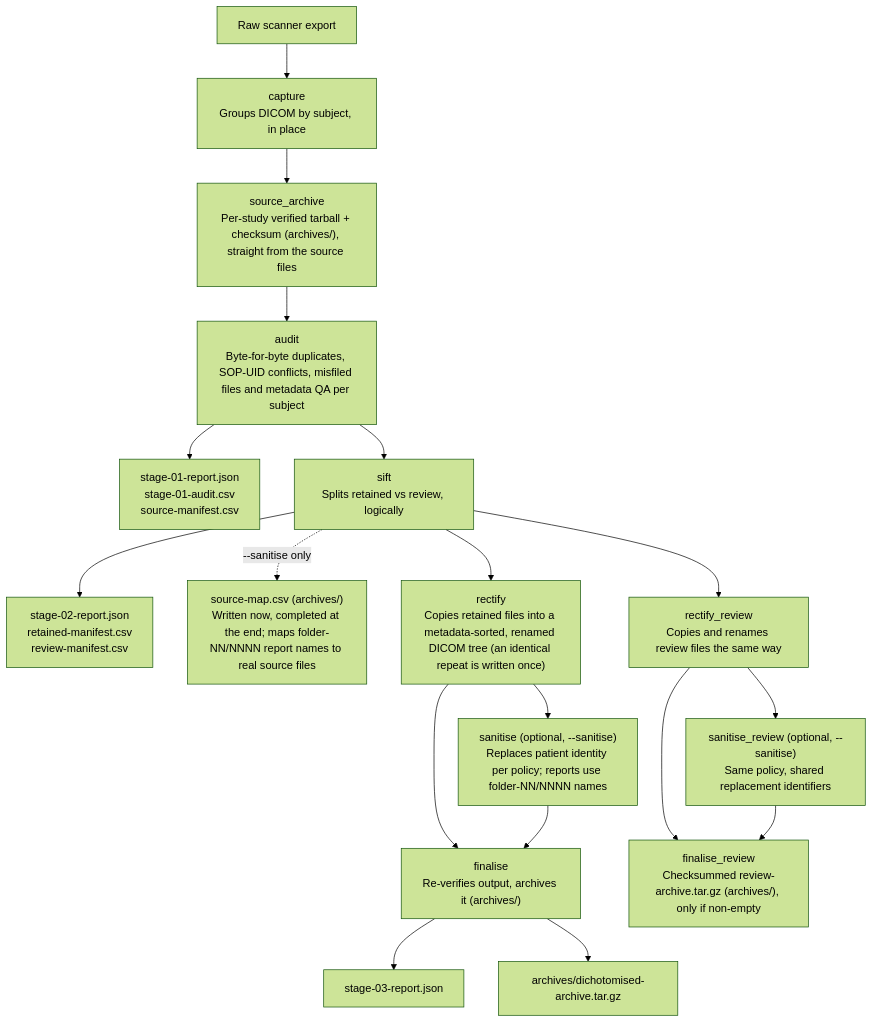
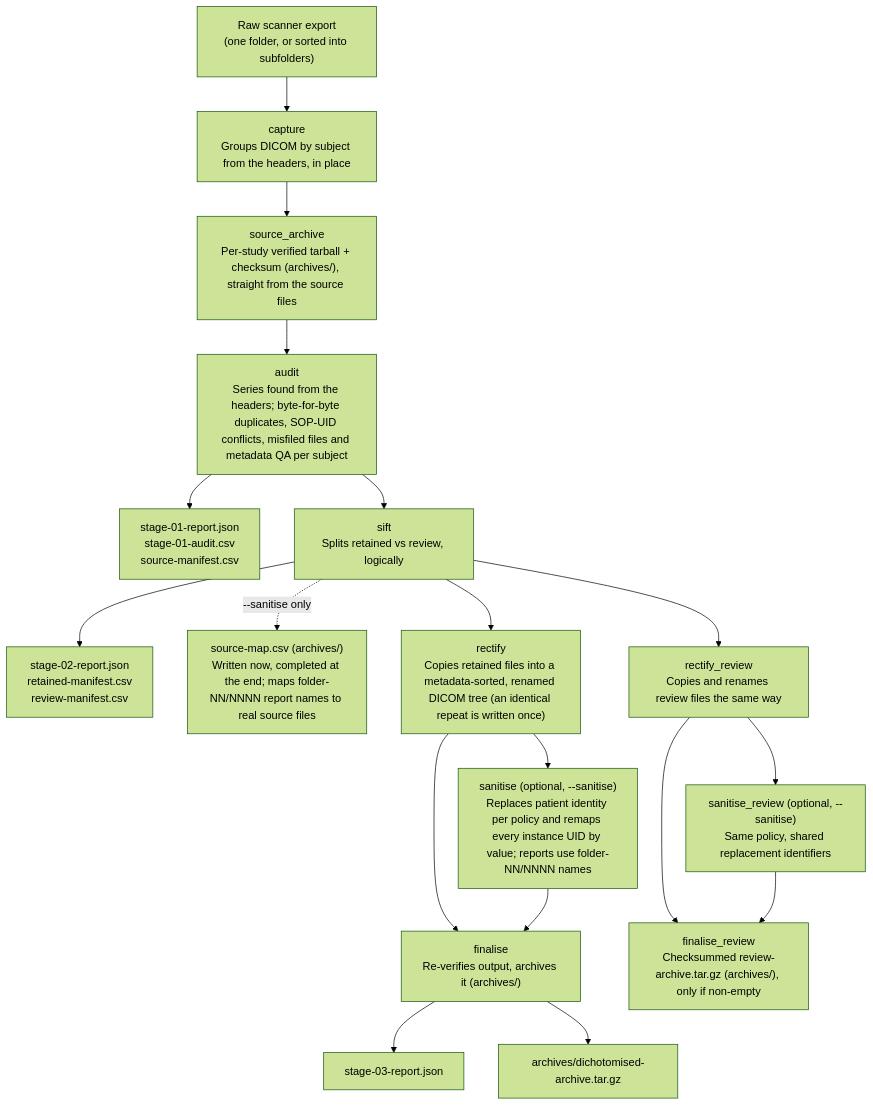
Before and after one commit to srikash/dichotomise: the diagram in README.md, drawn with Mermaid (forest theme). The commit also changed other lines of this file and 26 other files, not shown here.

Commit message:
docs: describe the UID remapping, per-subject QC and single-folder exports; update the diagram

````diff
--- a/README.md
+++ b/README.md
@@ -508,20 +520,20 @@
 ```mermaid
 flowchart TD
-    SOURCE["Raw scanner export"] --> CAPTURE["capture<br/>Groups DICOM by subject, in place"]
+    SOURCE["Raw scanner export<br/>(one folder, or sorted into subfolders)"] --> CAPTURE["capture<br/>Groups DICOM by subject from the headers, in place"]
     CAPTURE --> ARCHIVE["source_archive<br/>Per-study verified tarball + checksum (archives/), straight from the source files"]
-    ARCHIVE --> AUDIT["audit<br/>Byte-for-byte duplicates, SOP-UID conflicts, misfiled files and metadata QA per subject"]
+    ARCHIVE --> AUDIT["audit<br/>Series found from the headers; byte-for-byte duplicates, SOP-UID conflicts, misfiled files and metadata QA per subject"]
     AUDIT --> REPORT1["stage-01-report.json<br/>stage-01-audit.csv<br/>source-manifest.csv"]
     AUDIT --> SIFT["sift<br/>Splits retained vs review, logically"]
     SIFT --> REPORT2["stage-02-report.json<br/>retained-manifest.csv<br/>review-manifest.csv"]
     SIFT -. "--sanitise only" .-> SOURCE_MAP["source-map.csv (archives/)<br/>Written now, completed at the end; maps folder-NN/NNNN report names to real source files"]
     SIFT --> RECTIFY["rectify<br/>Copies retained files into a metadata-sorted, renamed DICOM tree (an identical repeat is written once)"]
     SIFT --> REVIEW_RECTIFY["rectify_review<br/>Copies and renames review files the same way"]
-    RECTIFY --> SANITISE["sanitise (optional, --sanitise)<br/>Replaces patient identity per policy; reports use folder-NN/NNNN names"]
+    RECTIFY --> SANITISE["sanitise (optional, --sanitise)<br/>Replaces patient identity per policy and remaps every instance UID by value; reports use folder-NN/NNNN names"]
     REVIEW_RECTIFY --> SANITISE_REVIEW["sanitise_review (optional, --sanitise)<br/>Same policy, shared replacement identifiers"]
     RECTIFY --> FINALISE["finalise<br/>Re-verifies output, archives it (archives/)"]
     SANITISE --> FINALISE
     REVIEW_RECTIFY --> REVIEW_ARCHIVE["finalise_review<br/>Checksummed review-archive.tar.gz (archives/), only if non-empty"]
     SANITISE_REVIEW --> REVIEW_ARCHIVE
     FINALISE --> REPORT3["stage-03-report.json"]
     FINALISE --> ARCHIVES["archives/dichotomised-archive.tar.gz"]
 ```
````
